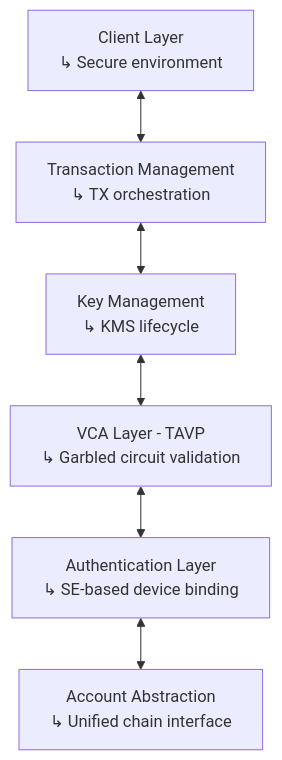
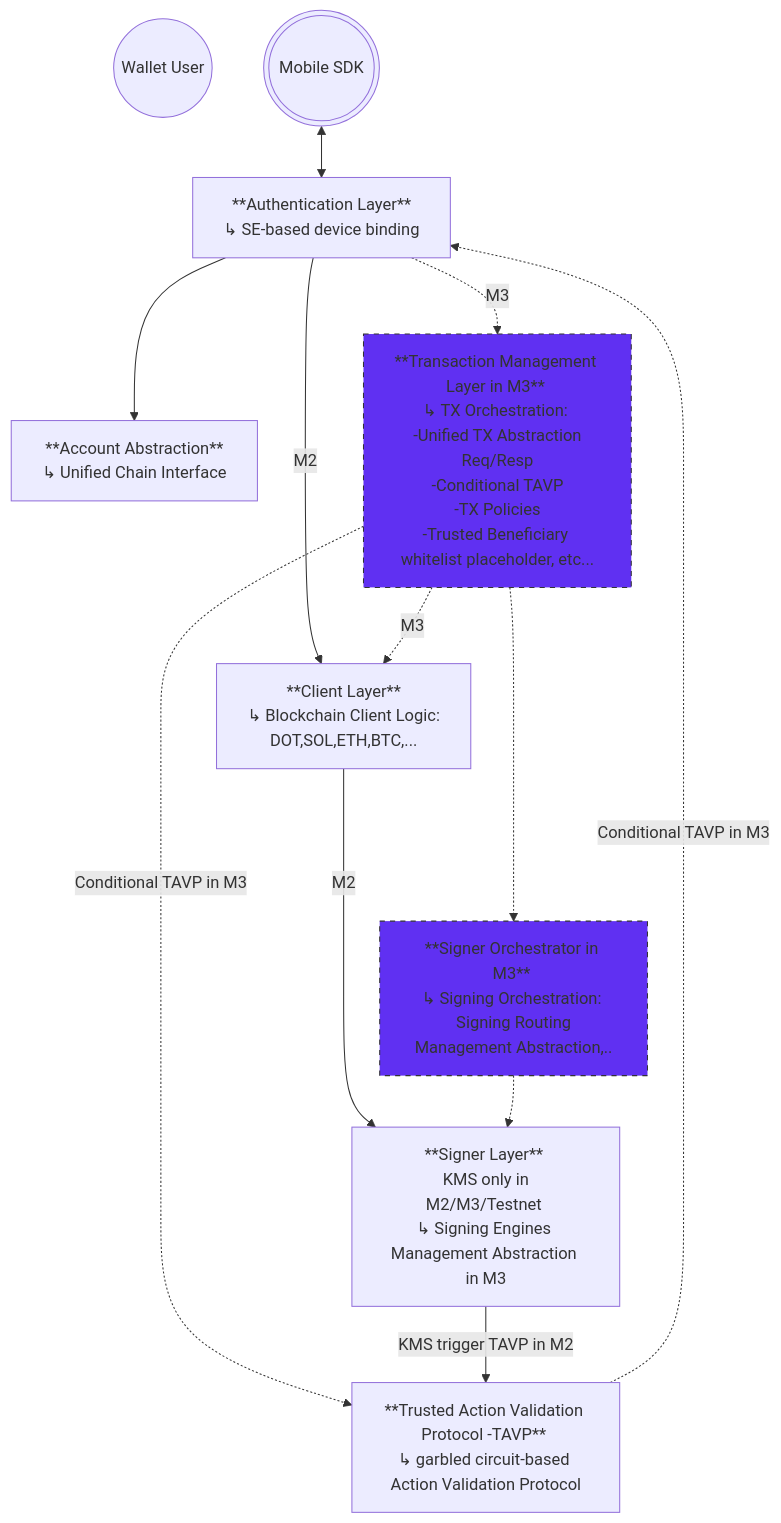
Before and after one commit to Interstellar-Network/interstellar-docs-tech: the diagram in developers/Milestones/M2/components_delivered/architecture.md, drawn with Mermaid. The commit also changed other lines of this file and 5 other files, not shown here.

````diff
--- a/developers/Milestones/M2/components_delivered/architecture.md
+++ b/developers/Milestones/M2/components_delivered/architecture.md
@@ -20,11 +20,33 @@
 ```mermaid
 graph TD
-  A[Client Layer<br>↳ Secure environment]
-  B[Transaction Management<br>↳ TX orchestration]
-  C[Key Management<br>↳ KMS lifecycle]
-  E[VCA Layer - TAVP<br>↳ Garbled circuit validation]
-  D[Authentication Layer<br>↳ SE-based device binding]
-  F[Account Abstraction<br>↳ Unified chain interface]
+  u((Wallet User))
+  m(((Mobile SDK)))
 
-  A <--> B <--> C <--> E <--> D <--> F
+   
+  A[ **Authentication Layer** <br>↳ SE-based device binding]
+  VC[ **Trusted Action Validation Protocol -TAVP** <br>↳ garbled circuit-based Action Validation Protocol]
+  AA[ **Account Abstraction** <br>↳ Unified Chain Interface ]
+  TX[ **Transaction Management Layer in M3** <br>↳ TX Orchestration: <br> -Unified TX Abstraction Req/Resp<br>-Conditional TAVP<br>-TX Policies<br>-Trusted Beneficiary whitelist placeholder, etc...]
+  S[ **Signer Layer** <br> KMS only in M2/M3/Testnet <br>↳ Signing Engines Management Abstraction in M3<br>]
+  C[ **Client Layer** <br>↳ Blockchain Client Logic:<br> DOT,SOL,ETH,BTC,...]
+  SO[ **Signer Orchestrator in M3** <br>↳ Signing Orchestration: <br> Signing Routing Management Abstraction,..]
+ 
+  m<-->A
+  A -->|M2|C 
+  VC -.Conditional TAVP in M3.-> A 
+  A-->AA
+  A-.M3.->TX
+  TX -.M3.-> C ---->|M2| S
+  TX -.Conditional TAVP in M3.-> VC
+  S-->|KMS trigger TAVP in M2 |VC
+  TX-.->SO-.->S
+
+
+  %% définition de la classe "dashed"
+    classDef dashed stroke-dasharray: 5 5,stroke:#333, fill:#6030f2;
+
+  %% application de la classe au nœud B
+    class TX dashed;
+    class SO dashed;
+  
 ```
````
